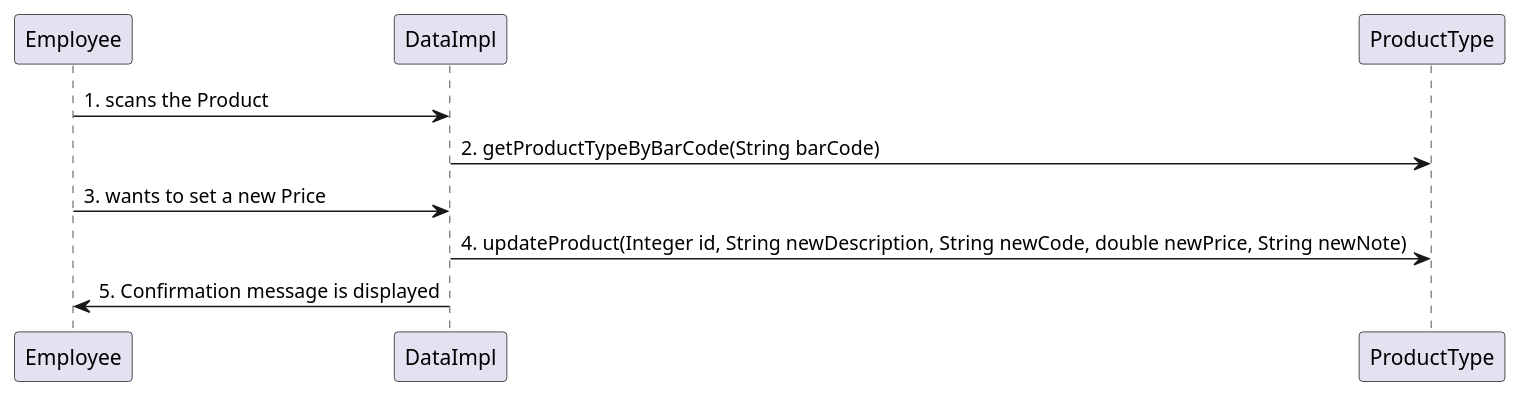
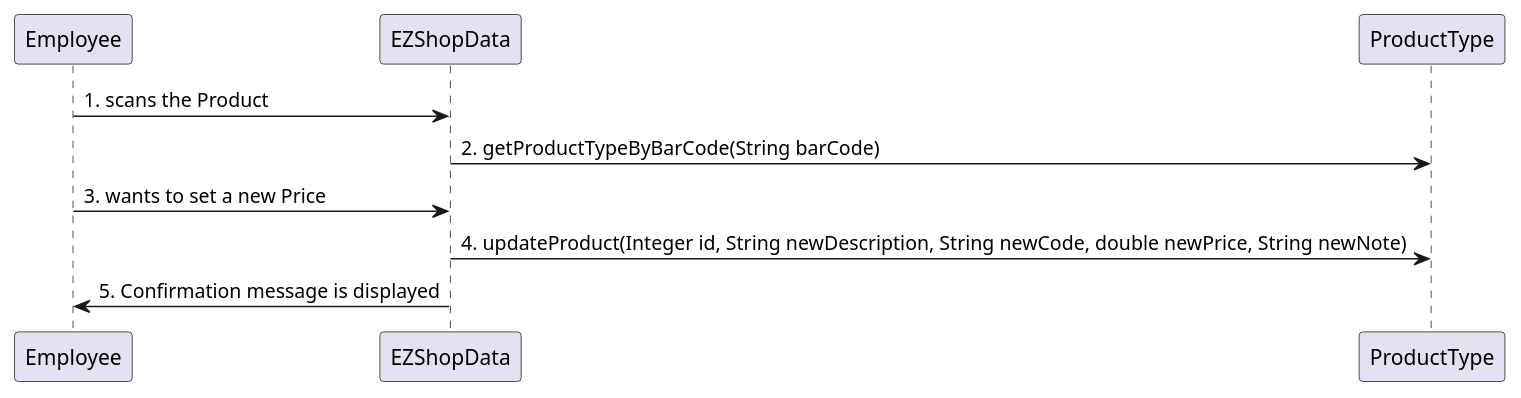
One commit to djemar/softeng_ezshop changed the fifth of 31 diagrams in Deliverables/DesignDocument.md. Above: the diagram before and after it, drawn with PlantUML. The commit also changed other lines of this file, not shown here.

Commit message:
update SequenceDiagrams

````diff
--- a/Deliverables/DesignDocument.md
+++ b/Deliverables/DesignDocument.md
@@ -295,7 +295,7 @@
 ```plantuml
-"Employee" -> "DataImpl": 1. scans the Product
-"DataImpl" -> "ProductType" : 2. getProductTypeByBarCode(String barCode)
-"Employee" -> "DataImpl": 3. wants to set a new Price
-"DataImpl" -> "ProductType": 4. updateProduct(Integer id, String newDescription, String newCode, double newPrice, String newNote)
-"DataImpl" -> "Employee": 5. Confirmation message is displayed
+"Employee" -> "EZShopData": 1. scans the Product
+"EZShopData" -> "ProductType" : 2. getProductTypeByBarCode(String barCode)
+"Employee" -> "EZShopData": 3. wants to set a new Price
+"EZShopData" -> "ProductType": 4. updateProduct(Integer id, String newDescription, String newCode, double newPrice, String newNote)
+"EZShopData" -> "Employee": 5. Confirmation message is displayed
 ```
````
